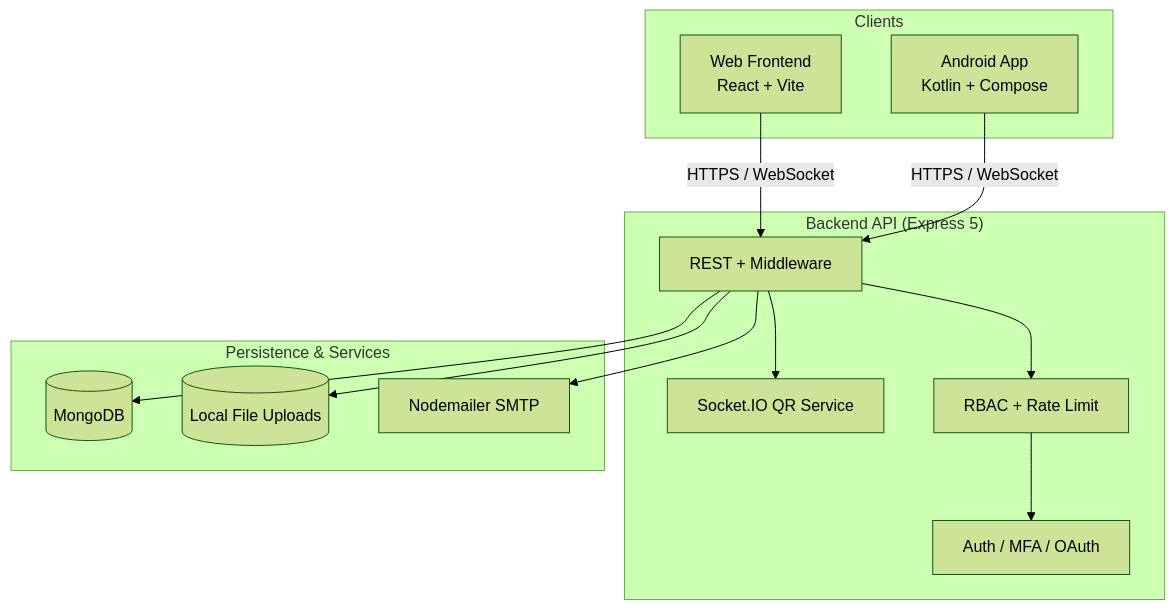
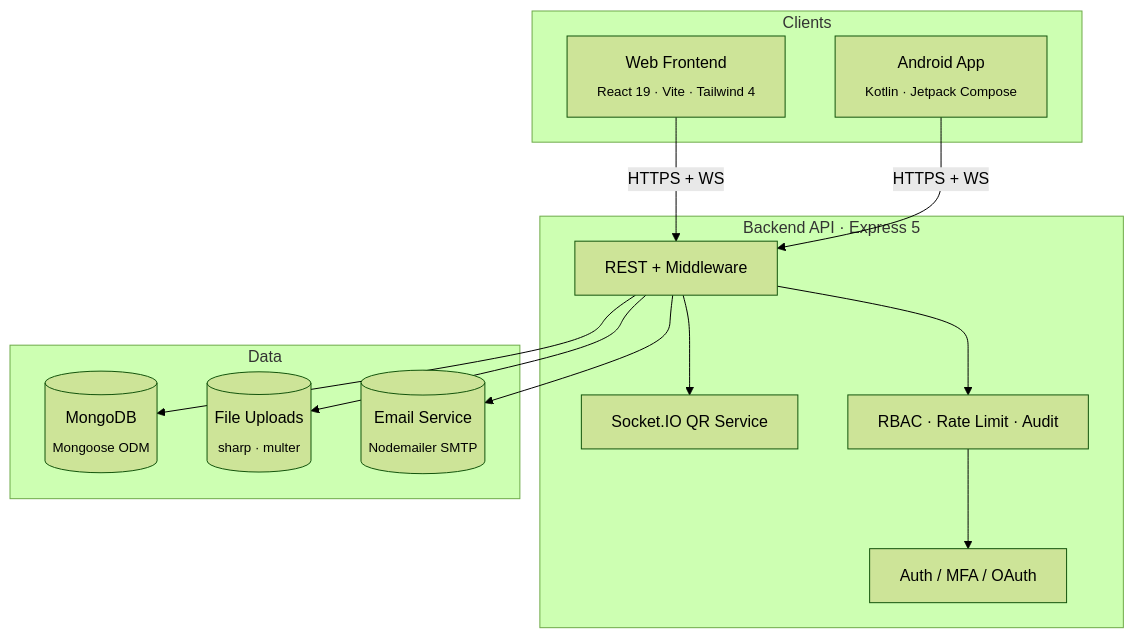
The diagram in README.md (Nciibi/aidup-platform), drawn with Mermaid (forest theme) before and after one commit. The commit also changed other lines of this file and 8 other files, not shown here.

````diff
--- a/README.md
+++ b/README.md
@@ -119,28 +123,25 @@
 ```mermaid
-graph TD
+graph TB
     subgraph Clients
-        Web[Web Frontend<br/>React + Vite]
-        Mobile[Android App<br/>Kotlin + Compose]
+        Web["Web Frontend<br/><sub>React 19 · Vite · Tailwind 4</sub>"]
+        Mobile["Android App<br/><sub>Kotlin · Jetpack Compose</sub>"]
     end
-
-    subgraph "Backend API (Express 5)"
-        API[REST + Middleware]
-        Auth[Auth / MFA / OAuth]
-        QR[Socket.IO QR Service]
-        Guard[RBAC + Rate Limit]
+    subgraph "Backend API · Express 5"
+        API["REST + Middleware"]
+        Auth["Auth / MFA / OAuth"]
+        Socket["Socket.IO QR Service"]
+        Guard["RBAC · Rate Limit · Audit"]
     end
-
-    subgraph Persistence & Services
-        DB[(MongoDB)]
-        Storage[(Local File Uploads)]
-        Mail[Nodemailer SMTP]
+    subgraph Data
+        DB[("MongoDB<br/><sub>Mongoose ODM</sub>")]
+        Storage[("File Uploads<br/><sub>sharp · multer</sub>")]
+        Mail[("Email Service<br/><sub>Nodemailer SMTP</sub>")]
     end
-
-    Web -->|HTTPS / WebSocket| API
-    Mobile -->|HTTPS / WebSocket| API
+    Web -->|HTTPS + WS| API
+    Mobile -->|HTTPS + WS| API
     API --> Guard --> Auth
-    API --> QR
+    API --> Socket
     API --> DB
     API --> Storage
     API --> Mail
 ```
````
